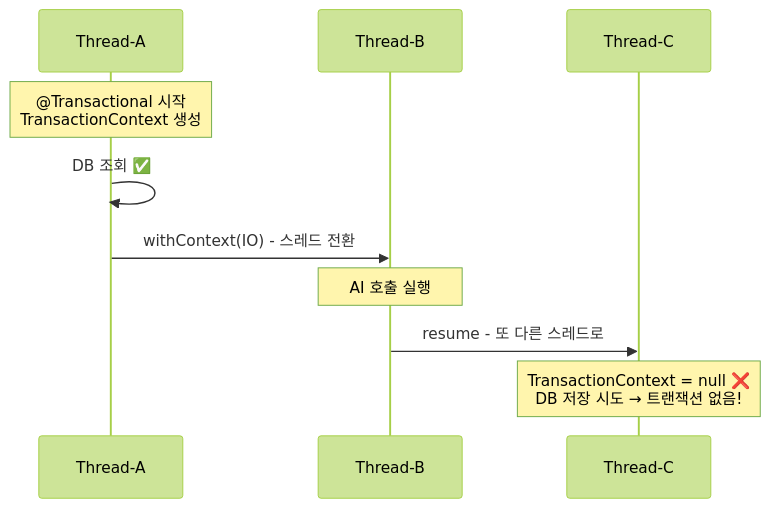
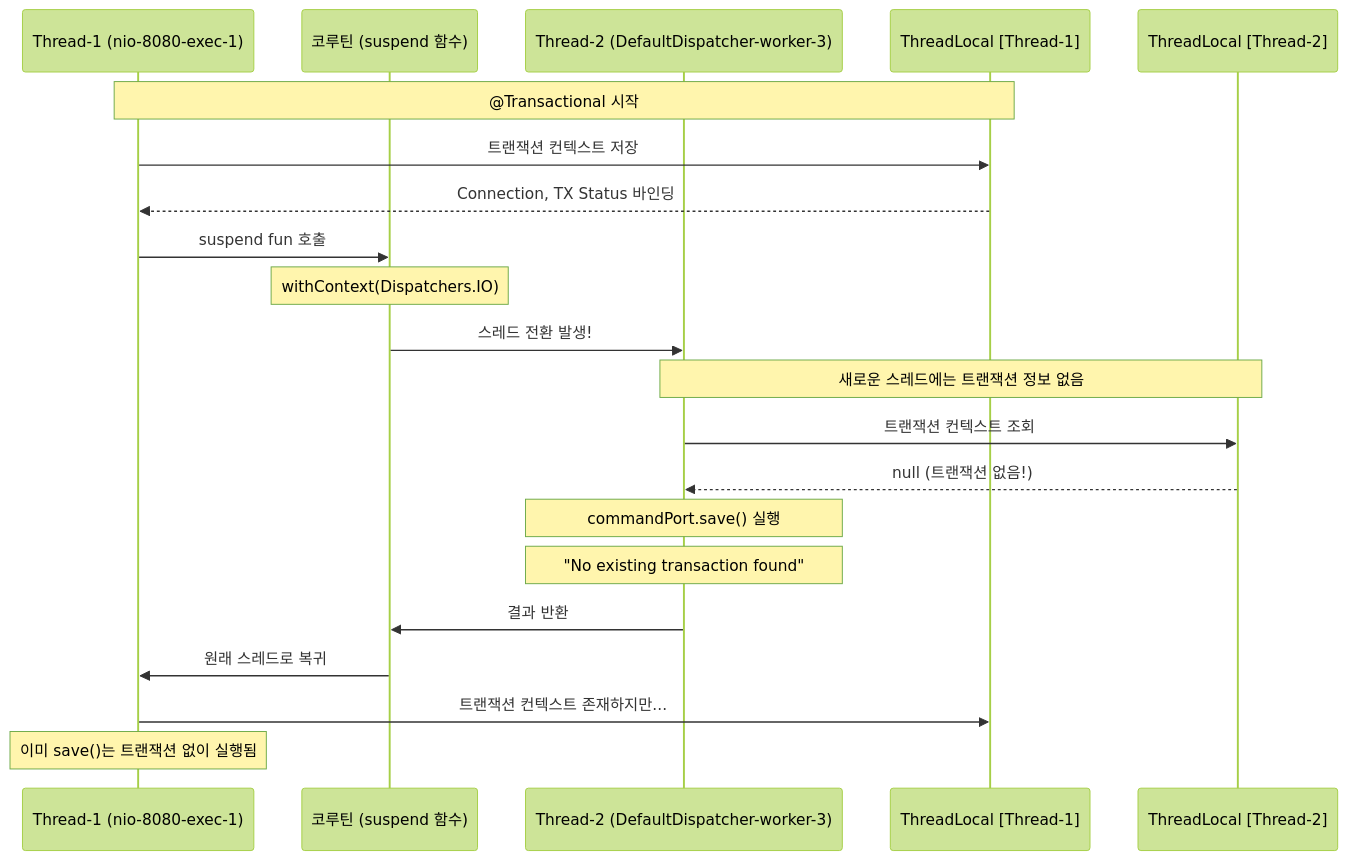
The fourth of 8 diagrams in _posts/2025-01-24-kotlin-coroutine-transactional-danger.md (jiwon11/jiwon11.github.io), drawn with Mermaid (forest theme) before and after one commit. The commit also changed other lines of this file and 4 other files, not shown here.

````diff
--- a/_posts/2025-01-24-kotlin-coroutine-transactional-danger.md
+++ b/_posts/2025-01-24-kotlin-coroutine-transactional-danger.md
@@ -72,13 +209,29 @@
 ```mermaid
 sequenceDiagram
-    participant A as Thread-A
-    participant B as Thread-B  
-    participant C as Thread-C
-    
-    Note over A: @Transactional 시작<br/>TransactionContext 생성
-    A->>A: DB 조회 ✅
-    A->>B: withContext(IO) - 스레드 전환
-    Note over B: AI 호출 실행
-    B->>C: resume - 또 다른 스레드로
-    Note over C: TransactionContext = null ❌<br/>DB 저장 시도 → 트랜잭션 없음!
+    participant T1 as Thread-1 (nio-8080-exec-1)
+    participant Coroutine as 코루틴 (suspend 함수)
+    participant T2 as Thread-2 (DefaultDispatcher-worker-3)
+    participant TL1 as ThreadLocal [Thread-1]
+    participant TL2 as ThreadLocal [Thread-2]
+
+    Note over T1,TL1: @Transactional 시작
+    T1->>TL1: 트랜잭션 컨텍스트 저장
+    TL1-->>T1: Connection, TX Status 바인딩
+
+    T1->>Coroutine: suspend fun 호출
+    Note over Coroutine: withContext(Dispatchers.IO)
+
+    Coroutine->>T2: 스레드 전환 발생!
+    Note over T2,TL2: 새로운 스레드에는 트랜잭션 정보 없음
+
+    T2->>TL2: 트랜잭션 컨텍스트 조회
+    TL2-->>T2: null (트랜잭션 없음!)
+
+    Note over T2: commandPort.save() 실행
+    Note over T2: "No existing transaction found"
+
+    T2->>Coroutine: 결과 반환
+    Coroutine->>T1: 원래 스레드로 복귀
+    T1->>TL1: 트랜잭션 컨텍스트 존재하지만...
+    Note over T1: 이미 save()는 트랜잭션 없이 실행됨
 ```
````
